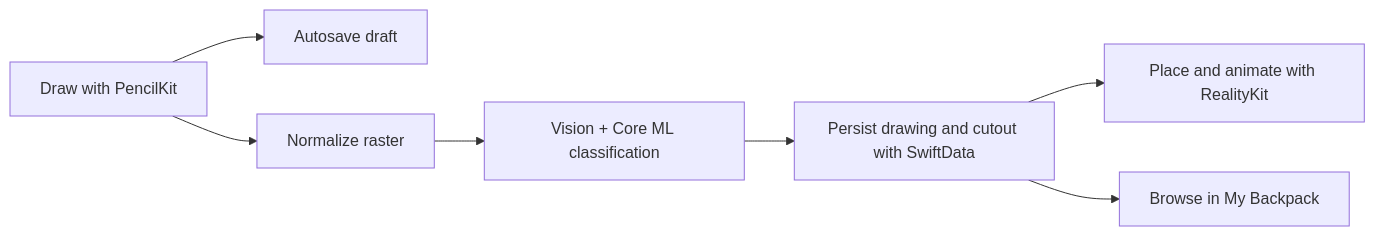
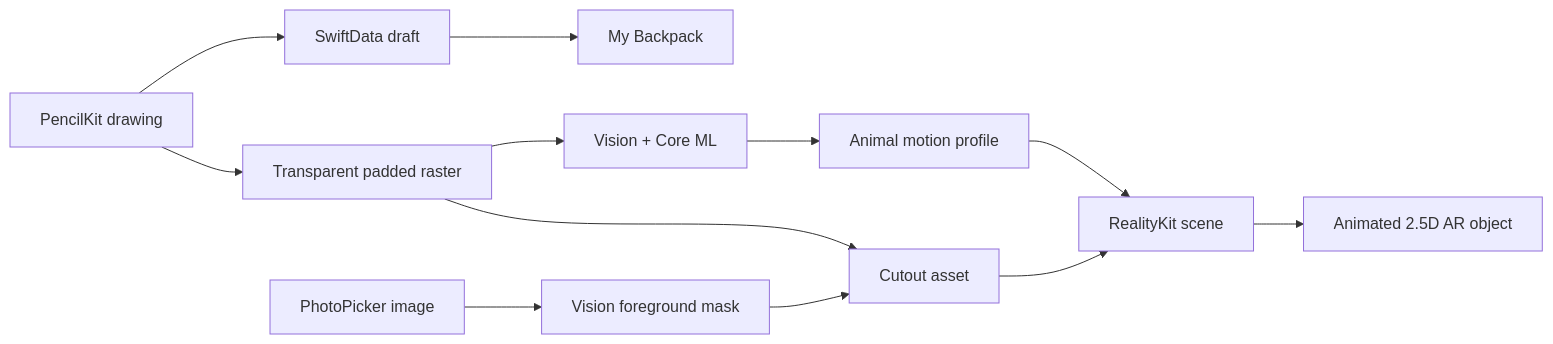
One commit to dimaswisodewo/Animagic changed the diagram in README.md. Above: the diagram before and after it, drawn with Mermaid. The commit also changed other lines of this file, not shown here.

````diff
--- a/README.md
+++ b/README.md
@@ -19,9 +41,14 @@
 ```mermaid
 flowchart LR
-    A["Draw with PencilKit"] --> B["Autosave draft"]
-    A --> C["Normalize raster"]
-    C --> D["Vision + Core ML classification"]
-    D --> E["Persist drawing and cutout with SwiftData"]
-    E --> F["Place and animate with RealityKit"]
-    E --> G["Browse in My Backpack"]
+    A["PencilKit drawing"] --> B["SwiftData draft"]
+    A --> C["Transparent padded raster"]
+    C --> D["Vision + Core ML"]
+    C --> E["Cutout asset"]
+    D --> F["Animal motion profile"]
+    E --> G["RealityKit scene"]
+    F --> G
+    G --> H["Animated 2.5D AR object"]
+    B --> I["My Backpack"]
+    J["PhotoPicker image"] --> K["Vision foreground mask"]
+    K --> E
 ```
````
